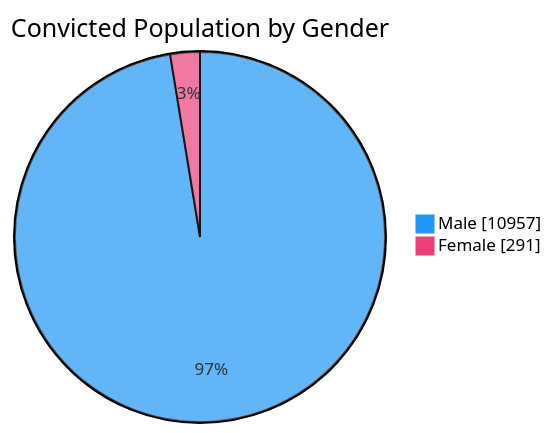
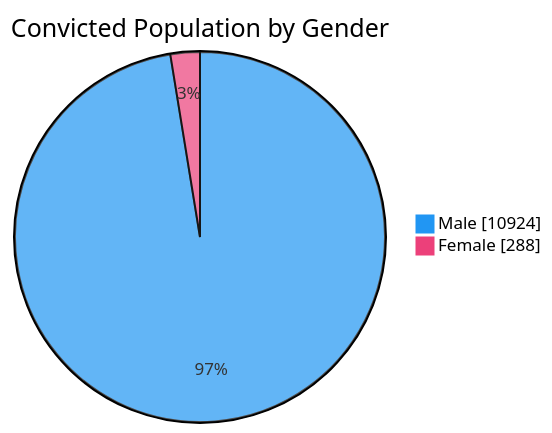
One commit to nuuuwan/lk_prisons changed the third of 7 diagrams in README.md. Above: the diagram before and after it, drawn with Mermaid. The commit also changed other lines of this file and 1 other file, not shown here.

````diff
--- a/README.md
+++ b/README.md
@@ -65,6 +65,6 @@
 ```mermaid
 %%{init: {'themeVariables': {'pie1': '#2196F3', 'pie2': '#EC407A'}}}%%
 pie showData title Convicted Population by Gender
-    "Male" : 10957
-    "Female" : 291
+    "Male" : 10924
+    "Female" : 288
 ```
````
